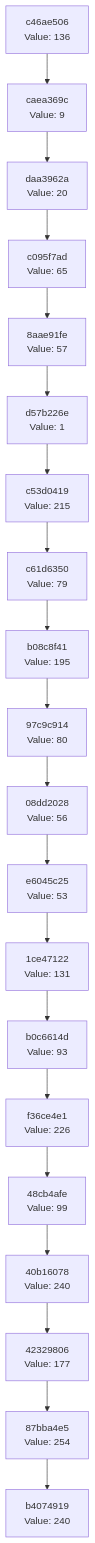
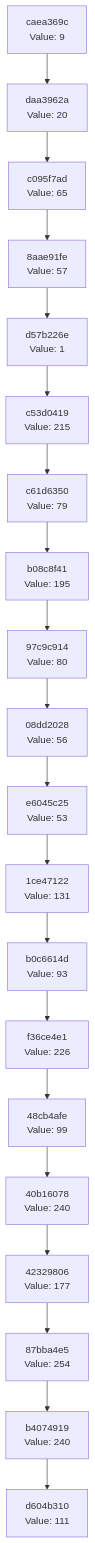
One commit to Abhisheksinha1506/hash-chain-evolver changed the diagram in docs/CHAIN_VISUALIZATION.md. Above: the diagram before and after it, drawn with Mermaid. The commit also changed 2 other files, not shown here.

Commit message:
Evolution Step

````diff
--- a/docs/CHAIN_VISUALIZATION.md
+++ b/docs/CHAIN_VISUALIZATION.md
@@ -3,42 +3,42 @@
 ```mermaid
 graph TD
-    C0["b4074919<br/>Value: 240"]
-    C1["87bba4e5<br/>Value: 254"]
+    C0["d604b310<br/>Value: 111"]
+    C1["b4074919<br/>Value: 240"]
     C1 --> C0
-    C2["42329806<br/>Value: 177"]
+    C2["87bba4e5<br/>Value: 254"]
     C2 --> C1
-    C3["40b16078<br/>Value: 240"]
+    C3["42329806<br/>Value: 177"]
     C3 --> C2
-    C4["48cb4afe<br/>Value: 99"]
+    C4["40b16078<br/>Value: 240"]
     C4 --> C3
-    C5["f36ce4e1<br/>Value: 226"]
+    C5["48cb4afe<br/>Value: 99"]
     C5 --> C4
-    C6["b0c6614d<br/>Value: 93"]
+    C6["f36ce4e1<br/>Value: 226"]
     C6 --> C5
-    C7["1ce47122<br/>Value: 131"]
+    C7["b0c6614d<br/>Value: 93"]
     C7 --> C6
-    C8["e6045c25<br/>Value: 53"]
+    C8["1ce47122<br/>Value: 131"]
     C8 --> C7
-    C9["08dd2028<br/>Value: 56"]
+    C9["e6045c25<br/>Value: 53"]
     C9 --> C8
-    C10["97c9c914<br/>Value: 80"]
+    C10["08dd2028<br/>Value: 56"]
     C10 --> C9
-    C11["b08c8f41<br/>Value: 195"]
+    C11["97c9c914<br/>Value: 80"]
     C11 --> C10
-    C12["c61d6350<br/>Value: 79"]
+    C12["b08c8f41<br/>Value: 195"]
     C12 --> C11
-    C13["c53d0419<br/>Value: 215"]
+    C13["c61d6350<br/>Value: 79"]
     C13 --> C12
-    C14["d57b226e<br/>Value: 1"]
+    C14["c53d0419<br/>Value: 215"]
     C14 --> C13
-    C15["8aae91fe<br/>Value: 57"]
+    C15["d57b226e<br/>Value: 1"]
     C15 --> C14
-    C16["c095f7ad<br/>Value: 65"]
+    C16["8aae91fe<br/>Value: 57"]
     C16 --> C15
-    C17["daa3962a<br/>Value: 20"]
+    C17["c095f7ad<br/>Value: 65"]
     C17 --> C16
-    C18["caea369c<br/>Value: 9"]
+    C18["daa3962a<br/>Value: 20"]
     C18 --> C17
-    C19["c46ae506<br/>Value: 136"]
+    C19["caea369c<br/>Value: 9"]
     C19 --> C18
 ```
````
